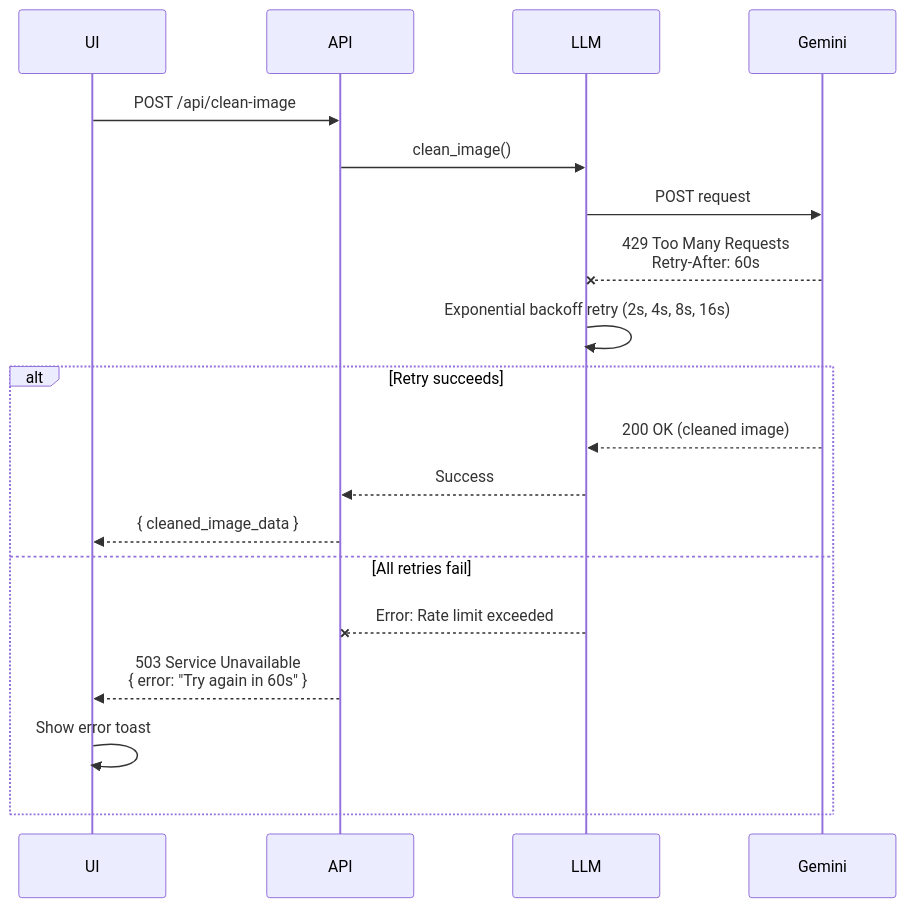
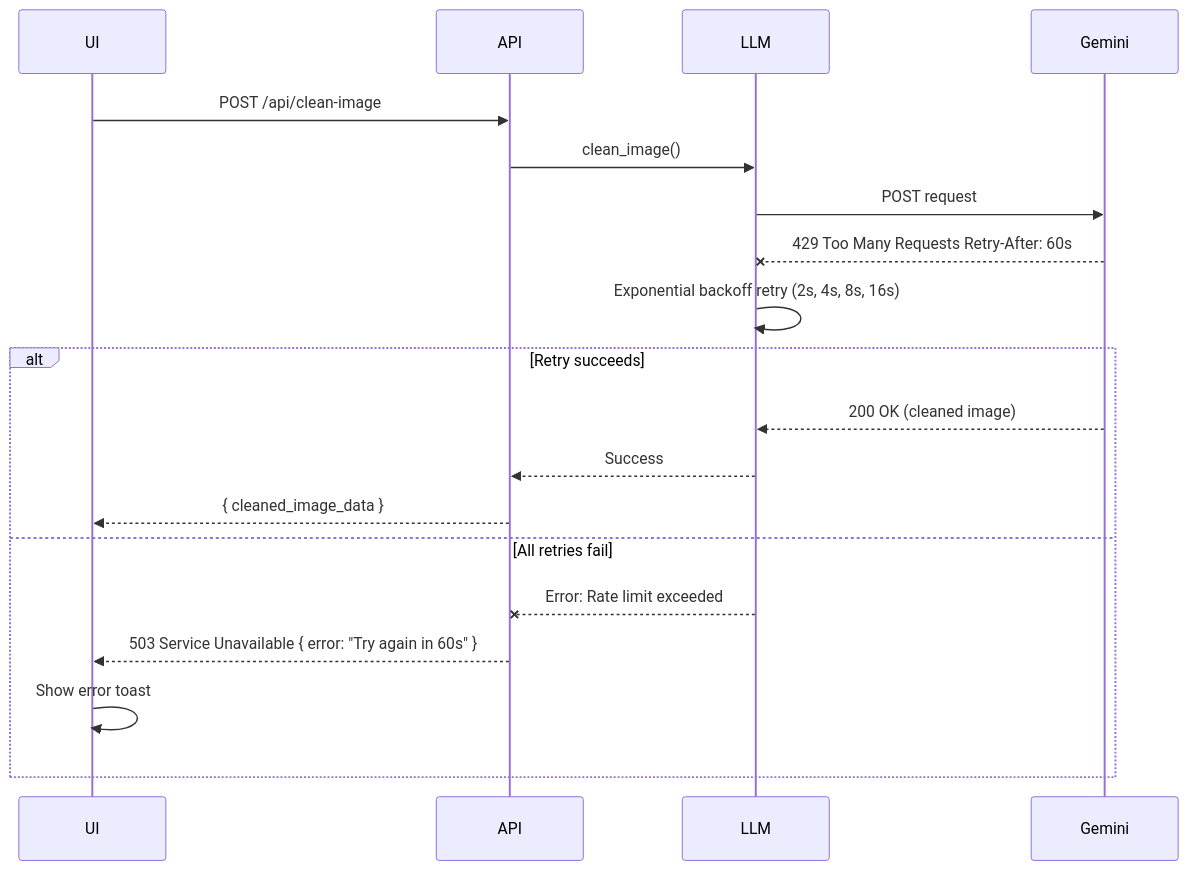
Before and after one commit to softwarewrighter/scan3data: diagram 15 of 15 in wiki/Data-Flow.md, drawn with Mermaid. The commit also changed other lines of this file and 6 other files, not shown here.

First line of the commit message:
Fix wiki Mermaid diagrams: remove <br/> tags

````diff
--- a/wiki/Data-Flow.md
+++ b/wiki/Data-Flow.md
@@ -583,23 +583,23 @@
 ```mermaid
 sequenceDiagram
     participant UI
     participant API
     participant LLM
     participant Gemini
 
     UI->>API: POST /api/clean-image
     API->>LLM: clean_image()
     LLM->>Gemini: POST request
-    Gemini--xLLM: 429 Too Many Requests<br/>Retry-After: 60s
+    Gemini--xLLM: 429 Too Many Requests Retry-After: 60s
     LLM->>LLM: Exponential backoff retry (2s, 4s, 8s, 16s)
 
     alt Retry succeeds
         Gemini-->>LLM: 200 OK (cleaned image)
         LLM-->>API: Success
         API-->>UI: { cleaned_image_data }
     else All retries fail
         LLM--xAPI: Error: Rate limit exceeded
-        API-->>UI: 503 Service Unavailable<br/>{ error: "Try again in 60s" }
+        API-->>UI: 503 Service Unavailable { error: "Try again in 60s" }
         UI->>UI: Show error toast
     end
 ```
````
